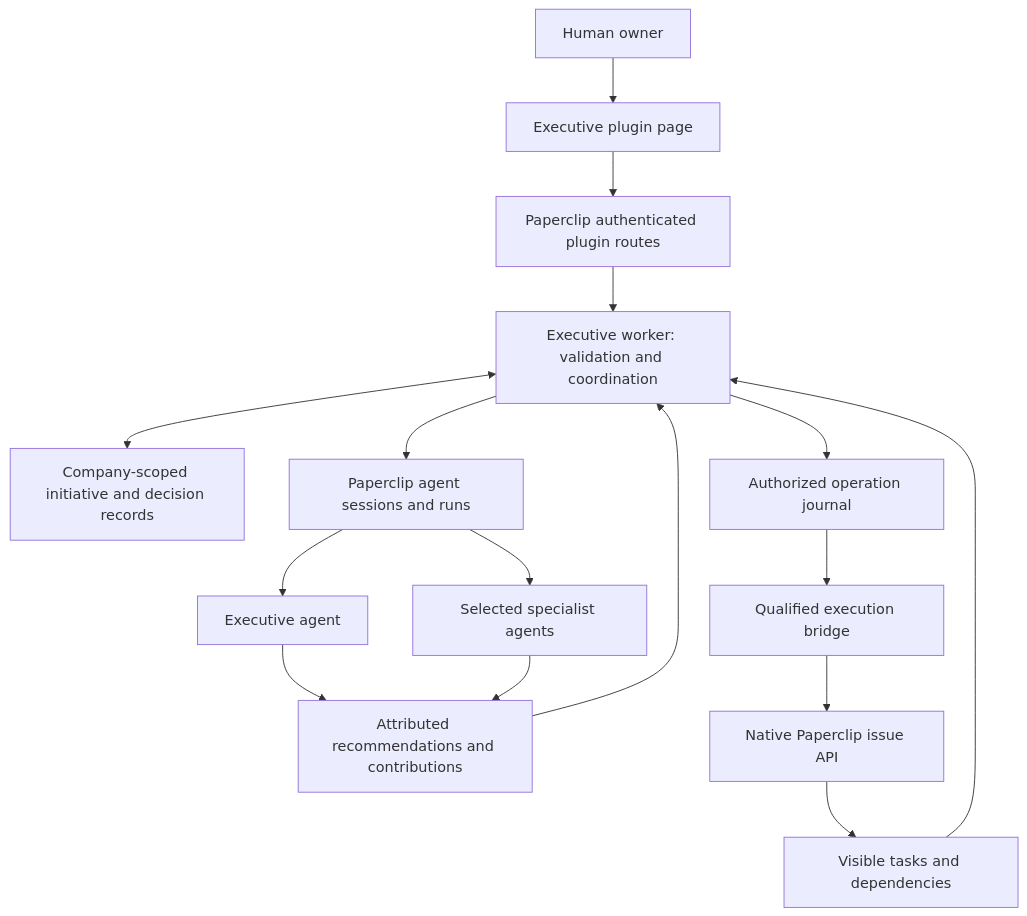
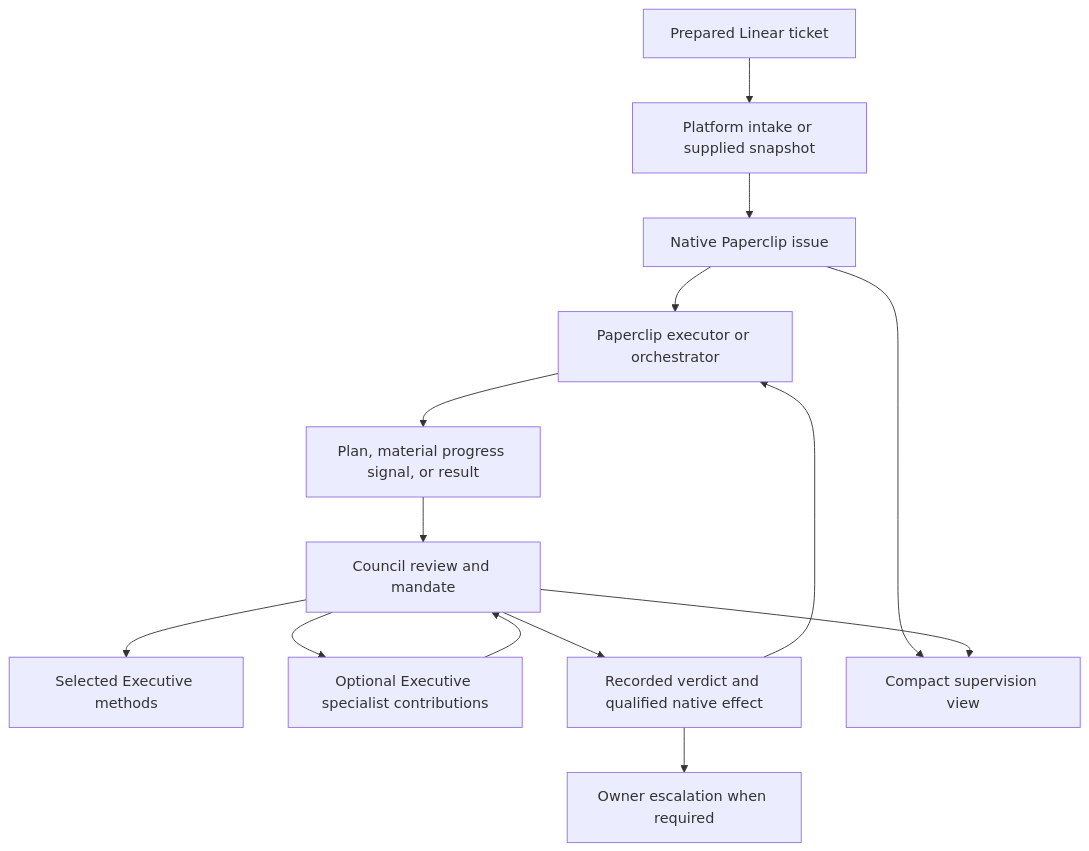
The diagram in docs/TAD.md (ty000/paperclip-executive), drawn with Mermaid before and after one commit. The commit also changed other lines of this file and 1 other file, not shown here.

Commit message:
docs: define bounded Council supervision journeys (#3)

````diff
--- a/docs/TAD.md
+++ b/docs/TAD.md
@@ -55,18 +59,16 @@
 ```mermaid
 flowchart TD
-  Owner[Human owner] --> UI[Executive plugin page]
-  UI --> Host[Paperclip authenticated plugin routes]
-  Host --> Worker[Executive worker: validation and coordination]
-  Worker <--> Ledger[Company-scoped initiative and decision records]
-  Worker --> Sessions[Paperclip agent sessions and runs]
-  Sessions --> Executive[Executive agent]
-  Sessions --> Specialists[Selected specialist agents]
-  Executive --> Results[Attributed recommendations and contributions]
-  Specialists --> Results
-  Results --> Worker
-  Worker --> Journal[Authorized operation journal]
-  Journal --> Bridge[Qualified execution bridge]
-  Bridge --> CoreAPI[Native Paperclip issue API]
-  CoreAPI --> Work[Visible tasks and dependencies]
-  Work --> Worker
+  Linear[Prepared Linear ticket] --> Intake[Platform intake or supplied snapshot]
+  Intake --> Issue[Native Paperclip issue]
+  Issue --> Execution[Paperclip executor or orchestrator]
+  Execution --> Checkpoint[Plan, material progress signal, or result]
+  Checkpoint --> Council[Council review and mandate]
+  Council --> Methods[Selected Executive methods]
+  Council --> Contributions[Optional Executive specialist contributions]
+  Contributions --> Council
+  Council --> Decision[Recorded verdict and qualified native effect]
+  Decision --> Execution
+  Decision --> Owner[Owner escalation when required]
+  Issue --> View[Compact supervision view]
+  Council --> View
 ```
````
